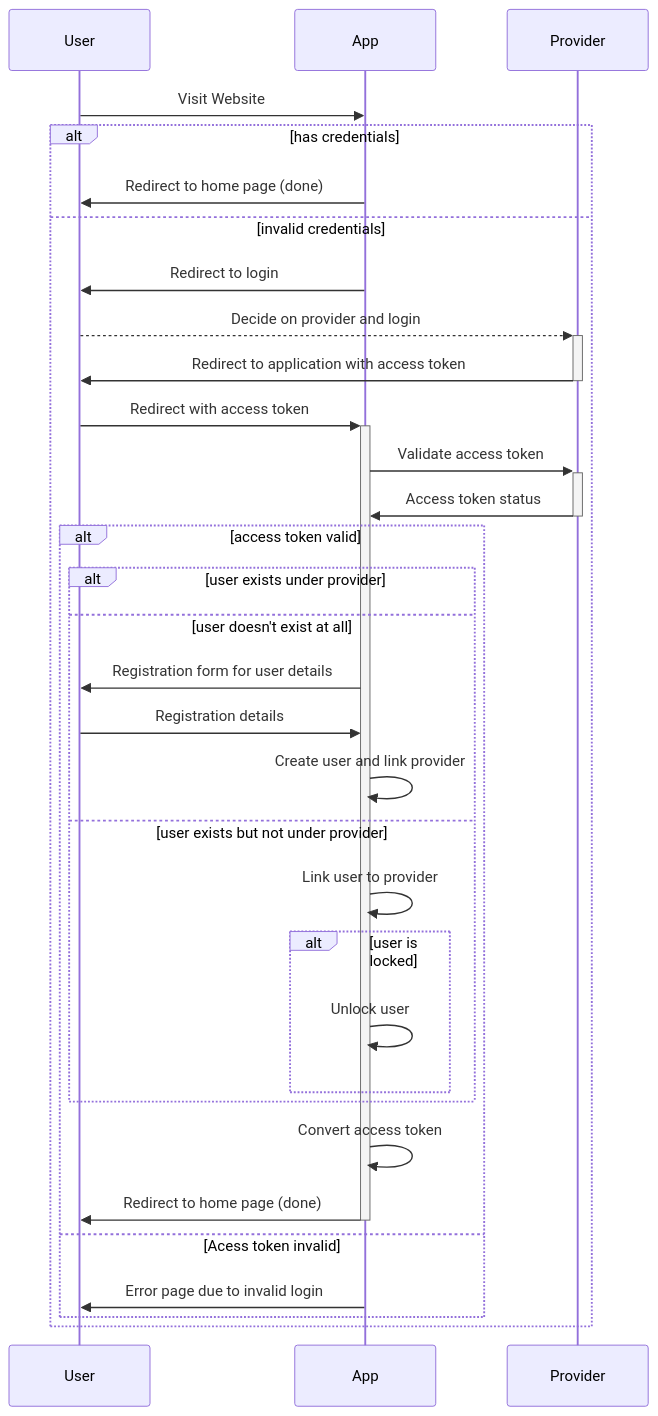
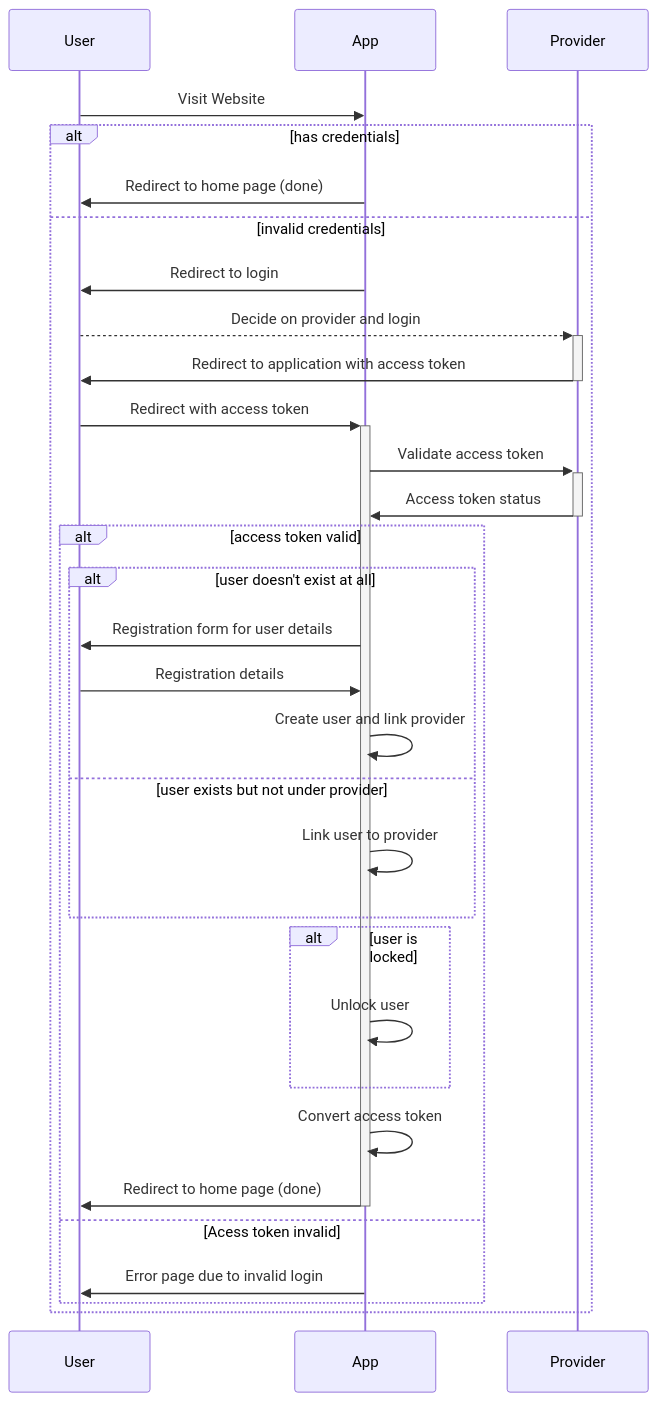
One commit to mikemospan/COMP2511-Tutorial changed the diagram in tute05/README.md. Above: the diagram before and after it, drawn with Mermaid.

````diff
--- a/tute05/README.md
+++ b/tute05/README.md
@@ -32,31 +32,30 @@
 ```mermaid
 sequenceDiagram
     User->>App: Visit Website
     alt has credentials
     App->>User: Redirect to home page (done)
     else invalid credentials
     App->>User: Redirect to login
     User-->>+Provider: Decide on provider and login
     Provider->>-User: Redirect to application with access token
     User->>+App: Redirect with access token
     App->>+Provider: Validate access token
     Provider->>-App: Access token status
     alt access token valid
-    alt user exists under provider
-    else user doesn't exist at all
+    alt user doesn't exist at all
     App->>User: Registration form for user details
     User->>App: Registration details
     App->>App: Create user and link provider
     else user exists but not under provider
     App->>App: Link user to provider
+    end
     alt user is locked
     App->>App: Unlock user
-    end
     end
     App->>App: Convert access token
     App->>-User: Redirect to home page (done)
     else Acess token invalid
     App->>User: Error page due to invalid login
     end
     end
 ```
````
